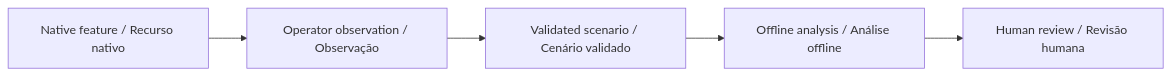
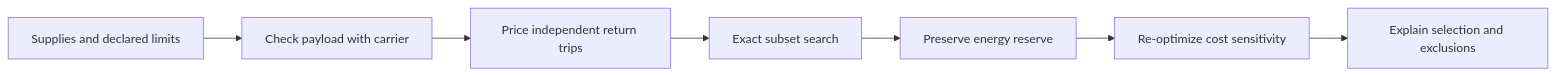
The diagram in README.md (galafis/vbot-community-cargo-planner), drawn with Mermaid before and after one commit. The commit also changed other lines of this file and 48 other files, not shown here.

````diff
--- a/README.md
+++ b/README.md
@@ -47,7 +83,9 @@
 ```mermaid
 flowchart LR
-  A[Native feature / Recurso nativo] --> B[Operator observation / Observação]
-  B --> C[Validated scenario / Cenário validado]
-  C --> D[Offline analysis / Análise offline]
-  D --> E[Human review / Revisão humana]
+  A[Supplies and declared limits] --> B[Check payload with carrier]
+  B --> C[Price independent return trips]
+  C --> D[Exact subset search]
+  D --> E[Preserve energy reserve]
+  E --> F[Re-optimize cost sensitivity]
+  F --> G[Explain selection and exclusions]
 ```
````
